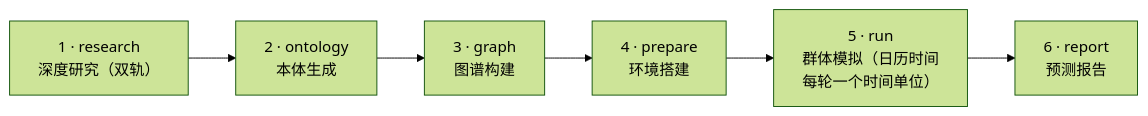
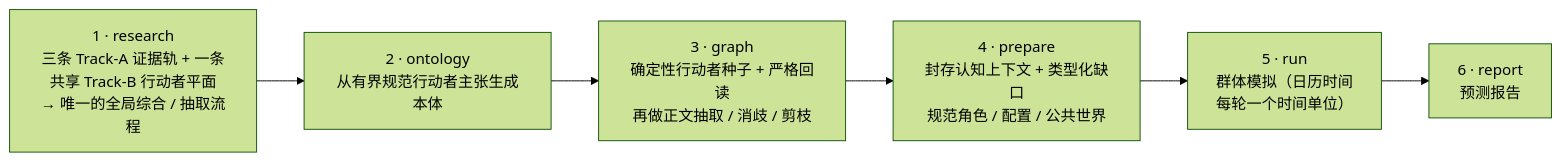
Before and after one commit to linroger/DeepAgentForecast: the first of 2 diagrams in README.zh-CN.md, drawn with Mermaid (forest theme). The commit also changed other lines of this file and 76 other files, not shown here.

````diff
--- a/README.zh-CN.md
+++ b/README.zh-CN.md
@@ -166,8 +194,8 @@
 ```mermaid
 flowchart LR
-    A["1 · research<br/>深度研究（双轨）"] --> B["2 · ontology<br/>本体生成"]
-    B --> C["3 · graph<br/>图谱构建"]
-    C --> D["4 · prepare<br/>环境搭建"]
+    A["1 · research<br/>三条 Track-A 证据轨 + 一条共享 Track-B 行动者平面<br/>→ 唯一的全局综合 / 抽取流程"] --> B["2 · ontology<br/>从有界规范行动者主张生成本体"]
+    B --> C["3 · graph<br/>确定性行动者种子 + 严格回读<br/>再做正文抽取 / 消歧 / 剪枝"]
+    C --> D["4 · prepare<br/>封存认知上下文 + 类型化缺口<br/>规范角色 / 配置 / 公共世界"]
     D --> E["5 · run<br/>群体模拟（日历时间<br/>每轮一个时间单位）"]
     E --> F["6 · report<br/>预测报告"]
 ```
````
